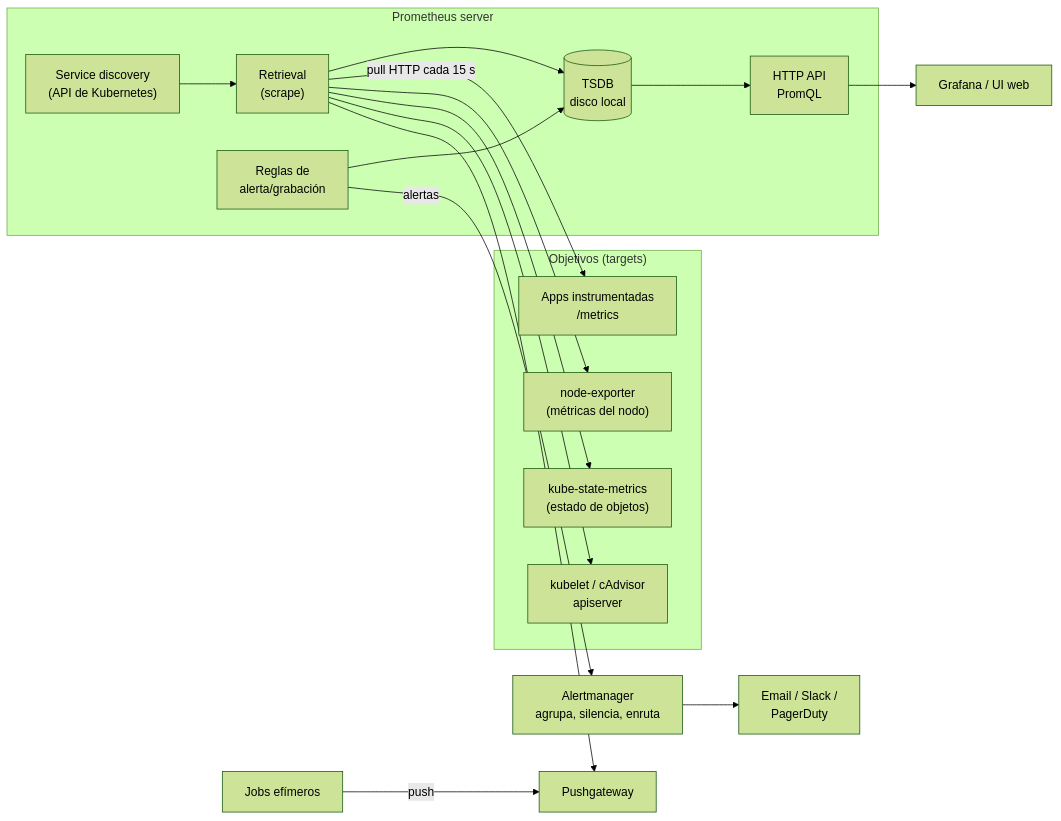
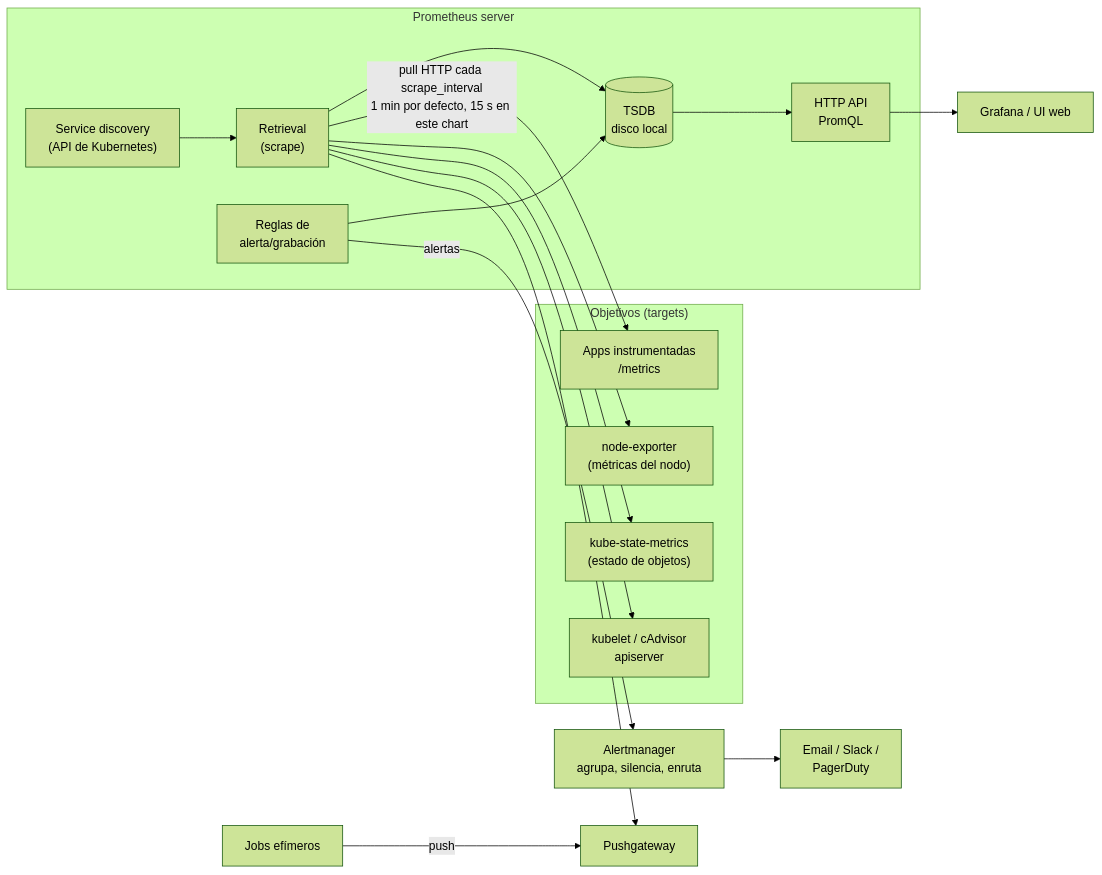
The first of 2 diagrams in curso/11-observabilidad.md (Dan9631/KubernetesLearningKCNA), drawn with Mermaid (forest theme) before and after one commit. The commit also changed other lines of this file and 44 other files, not shown here.

````diff
--- a/curso/11-observabilidad.md
+++ b/curso/11-observabilidad.md
@@ -56,24 +57,24 @@
 ```mermaid
 flowchart LR
     subgraph Targets["Objetivos (targets)"]
         APP["Apps instrumentadas<br/>/metrics"]
         NE["node-exporter<br/>(métricas del nodo)"]
         KSM["kube-state-metrics<br/>(estado de objetos)"]
         KUB["kubelet / cAdvisor<br/>apiserver"]
     end
     JOB["Jobs efímeros"] -->|push| PGW[Pushgateway]
     subgraph PS["Prometheus server"]
         SD["Service discovery<br/>(API de Kubernetes)"] --> RET["Retrieval<br/>(scrape)"]
         RET --> TSDB[("TSDB<br/>disco local")]
         TSDB --> HTTP["HTTP API<br/>PromQL"]
         RULES["Reglas de<br/>alerta/grabación"] --> TSDB
     end
-    RET -->|pull HTTP cada 15 s| APP
+    RET -->|pull HTTP cada scrape_interval<br/>1 min por defecto, 15 s en este chart| APP
     RET --> NE
     RET --> KSM
     RET --> KUB
     RET --> PGW
     RULES -->|alertas| AM["Alertmanager<br/>agrupa, silencia, enruta"]
     AM --> N["Email / Slack /<br/>PagerDuty"]
     HTTP --> G[Grafana / UI web]
 ```
````
